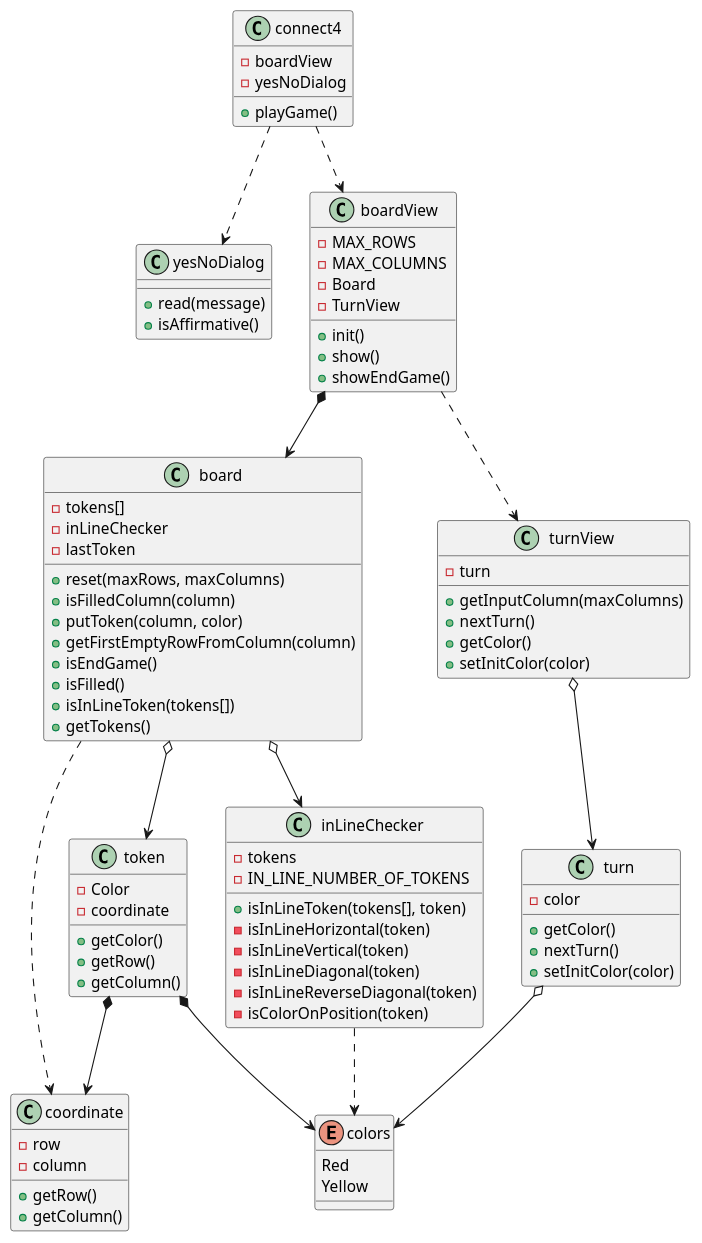
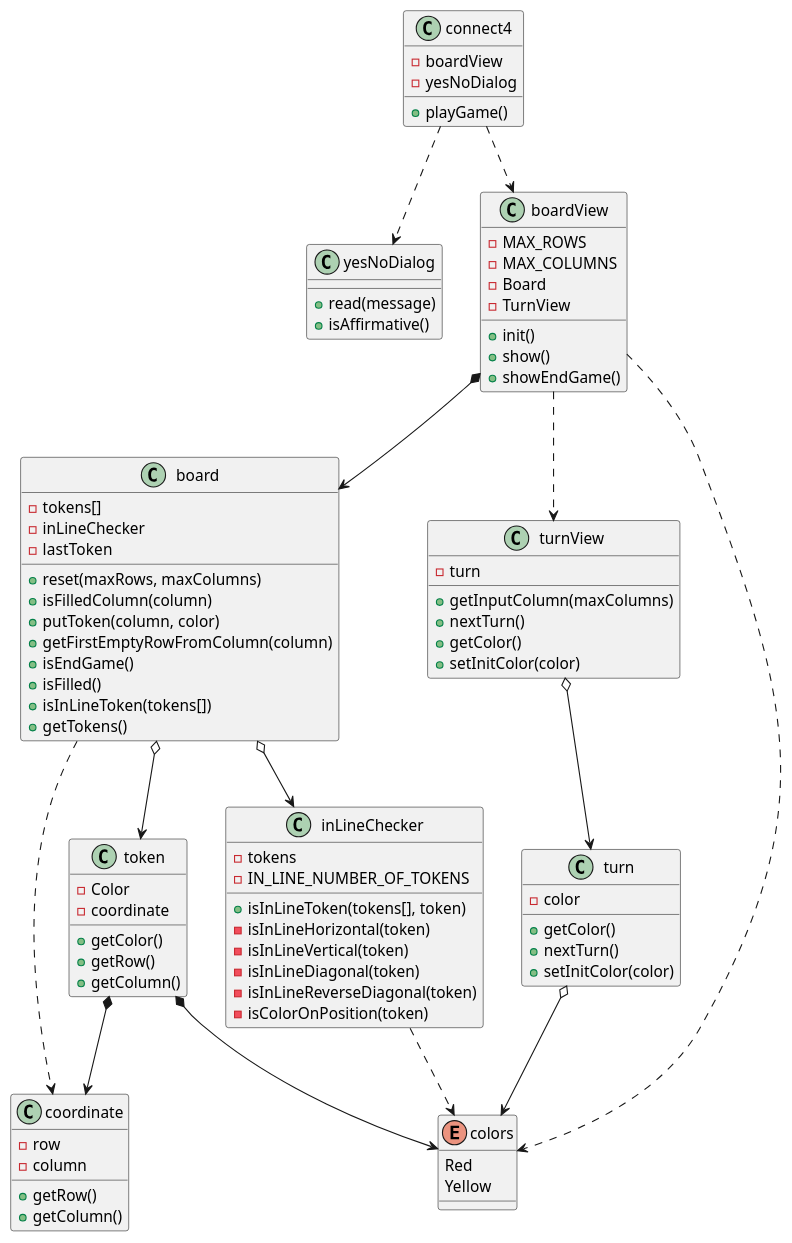
The diagram in UML/softwareModel.puml (jumpering/connect4), drawn with PlantUML before and after one commit. The commit also changed 1 other file, not shown here.

Commit message:
use relation boardView ..> colors (setInitColors)

```diff
--- a/UML/softwareModel.puml
+++ b/UML/softwareModel.puml
@@ -1,92 +1,93 @@
 @startuml
 
 class connect4{
     - boardView
     - yesNoDialog
     + playGame()
 }
 class yesNoDialog{
     + read(message)
     + isAffirmative()
 }
 class board{
     - tokens[]
     - inLineChecker
     - lastToken
     + reset(maxRows, maxColumns)
     + isFilledColumn(column)
     + putToken(column, color)
     + getFirstEmptyRowFromColumn(column)
     + isEndGame()
     + isFilled()
     + isInLineToken(tokens[])
     + getTokens()
 }
 class boardView{
     - MAX_ROWS
     - MAX_COLUMNS
     - Board
     - TurnView
     + init()
     + show()
     + showEndGame()
 }
 class inLineChecker{
     - tokens
     - IN_LINE_NUMBER_OF_TOKENS
     + isInLineToken(tokens[], token)
     - isInLineHorizontal(token)
     - isInLineVertical(token)
     - isInLineDiagonal(token)
     - isInLineReverseDiagonal(token)
     - isColorOnPosition(token)
 }
 
 class token{
     - Color
     - coordinate
     + getColor()
     + getRow()
     + getColumn()
 }
 
 class coordinate {
     - row 
     - column
     + getRow()
     + getColumn()
 }
 
 class turnView{
     - turn
     + getInputColumn(maxColumns)
     + nextTurn()
     + getColor()
     + setInitColor(color)
 }
 
 class turn{
     - color
     + getColor()
     + nextTurn()
     + setInitColor(color)
 }
 
 enum colors{
 Red
 Yellow
 }
 
 connect4 ..> boardView
 connect4 ..> yesNoDialog
 boardView *--> board
 boardView ..> turnView
+boardView ..> colors
 turnView o--> turn
 board o--> token
 board o--> inLineChecker
 board ..> coordinate
 inLineChecker ..> colors
 turn o--> colors
 token *--> colors
 token *--> coordinate
 @enduml
```
